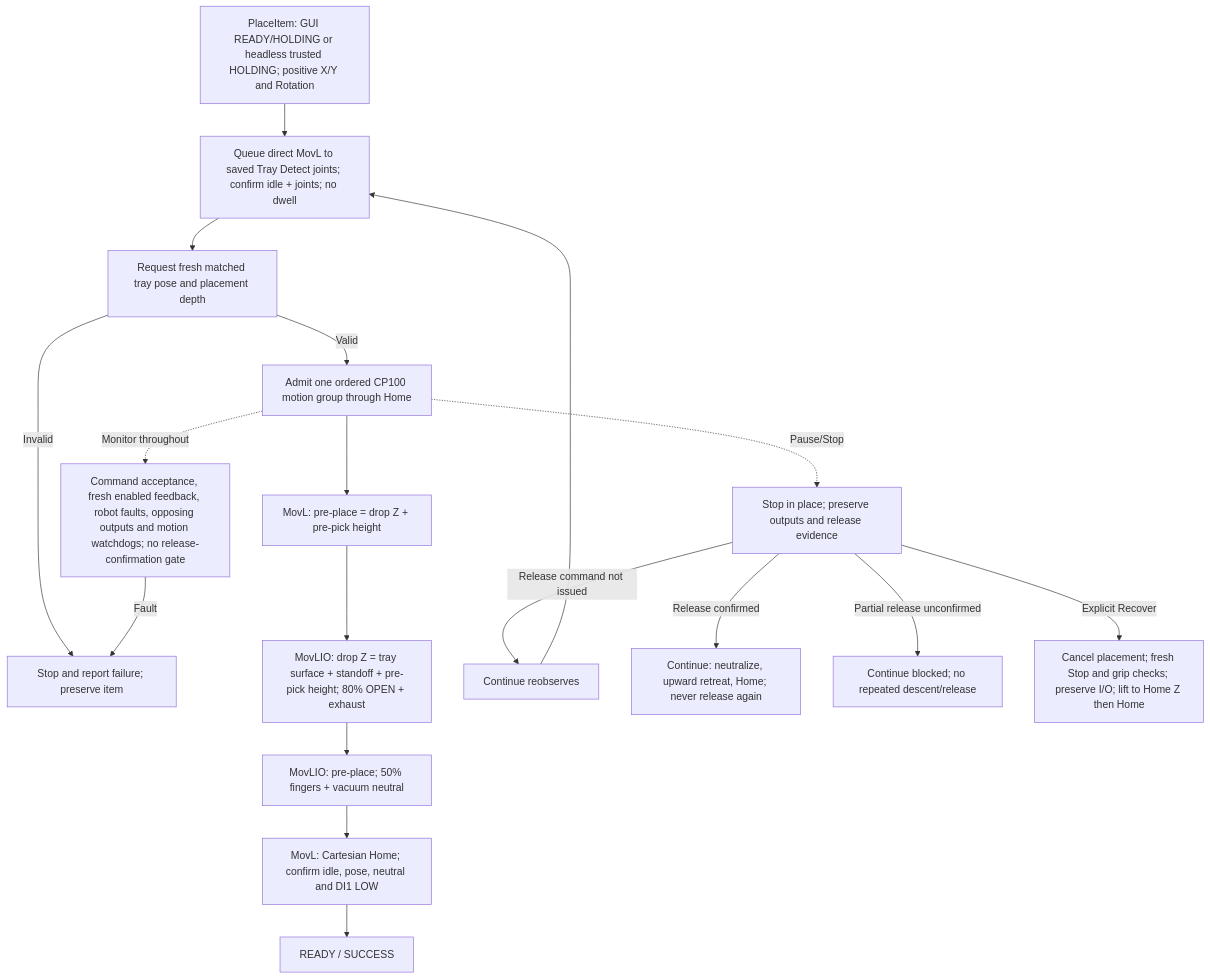
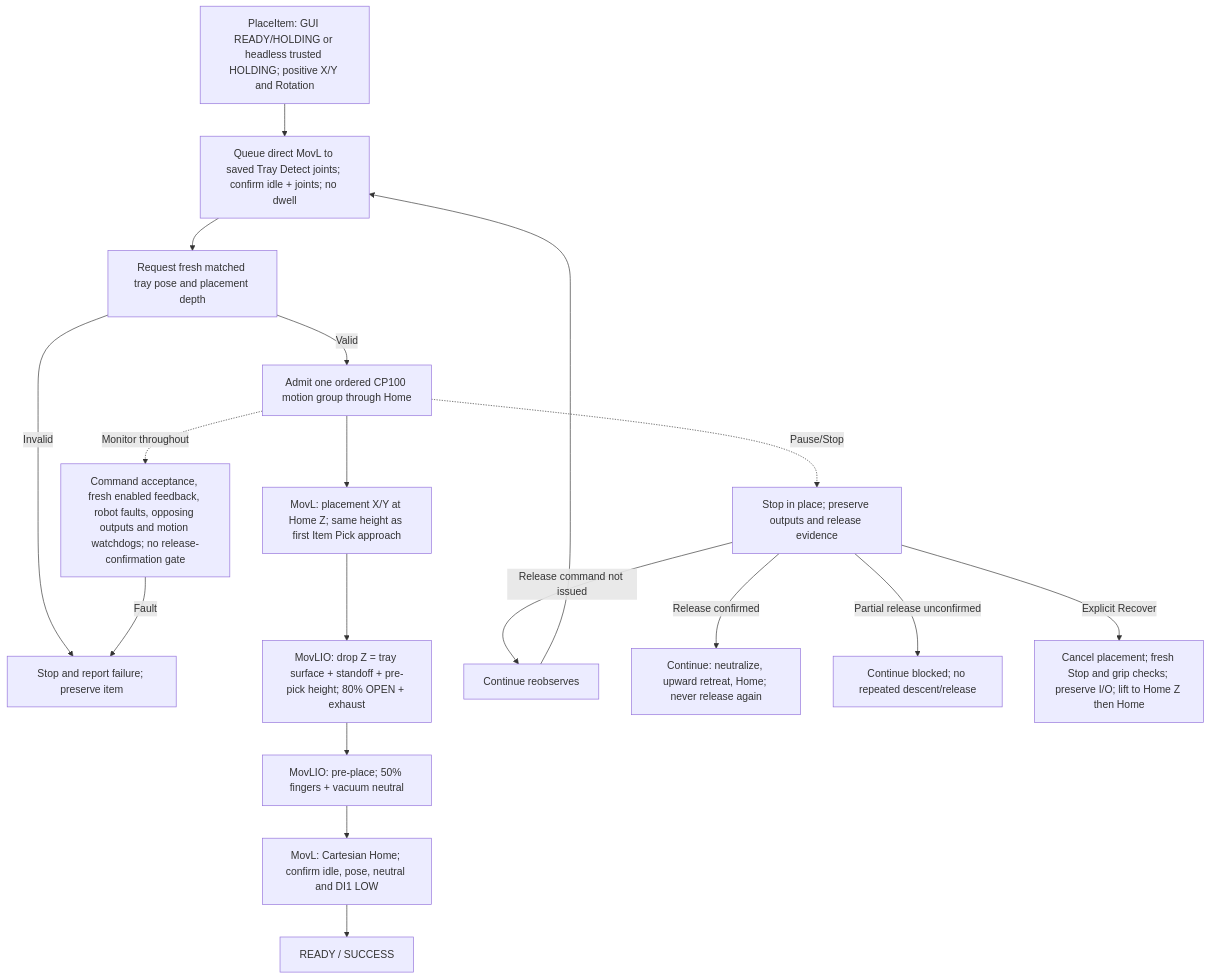
Before and after one commit to esgange/dobot_picknplace_yolo: the fourth of 7 diagrams in docs/ROBOT_CONTROLLER_FSM.md, drawn with Mermaid. The commit also changed other lines of this file and 9 other files, not shown here.

Commit message:
Match tray approach height to the first item pick transit

````diff
--- a/docs/ROBOT_CONTROLLER_FSM.md
+++ b/docs/ROBOT_CONTROLLER_FSM.md
@@ -256,20 +256,20 @@
 ```mermaid
 flowchart TD
     Request["PlaceItem: GUI READY/HOLDING or headless trusted HOLDING; positive X/Y and Rotation"] --> Observe["Queue direct MovL to saved Tray Detect joints; confirm idle + joints; no dwell"]
     Observe --> Depth["Request fresh matched tray pose and placement depth"]
     Depth -->|Invalid| Stop["Stop and report failure; preserve item"]
     Depth -->|Valid| Queue["Admit one ordered CP100 motion group through Home"]
-    Queue --> Pre["MovL: pre-place = drop Z + pre-pick height"]
+    Queue --> Pre["MovL: placement X/Y at Home Z; same height as first Item Pick approach"]
     Pre --> Release["MovLIO: drop Z = tray surface + standoff + pre-pick height; 80% OPEN + exhaust"]
     Release --> Retract["MovLIO: pre-place; 50% fingers + vacuum neutral"]
     Retract --> Home["MovL: Cartesian Home; confirm idle, pose, neutral and DI1 LOW"]
     Home --> Ready["READY / SUCCESS"]
     Queue -. "Monitor throughout" .-> Feedback["Command acceptance, fresh enabled feedback, robot faults, opposing outputs and motion watchdogs; no release-confirmation gate"]
     Feedback -->|Fault| Stop
     Queue -. "Pause/Stop" .-> Stopped["Stop in place; preserve outputs and release evidence"]
     Stopped -->|Release command not issued| Retry["Continue reobserves"]
     Retry --> Observe
     Stopped -->|Release confirmed| Recover["Continue: neutralize, upward retreat, Home; never release again"]
     Stopped -->|Partial release unconfirmed| Block["Continue blocked; no repeated descent/release"]
     Stopped -->|Explicit Recover| Cancel["Cancel placement; fresh Stop and grip checks; preserve I/O; lift to Home Z then Home"]
 ```
````
